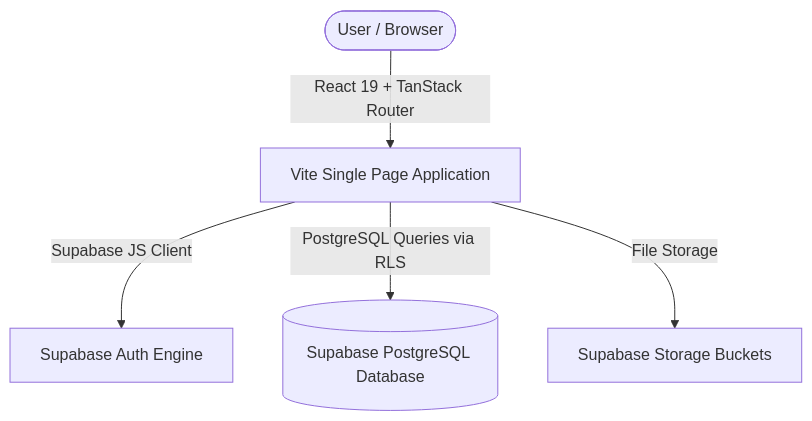
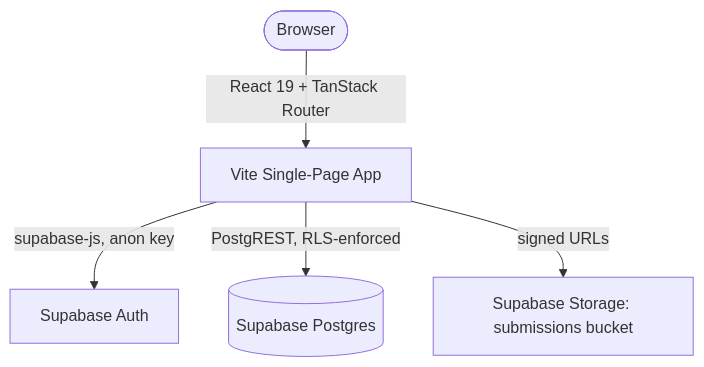
One commit to nonimousmusic/navs changed the first of 5 diagrams in docs/PROJECT_ARCHITECTURE.md. Above: the diagram before and after it, drawn with Mermaid. The commit also changed other lines of this file and 2 other files, not shown here.

````diff
--- a/docs/PROJECT_ARCHITECTURE.md
+++ b/docs/PROJECT_ARCHITECTURE.md
@@ -9,7 +9,7 @@
 ```mermaid
 graph TD
-    User([User / Browser]) -->|React 19 + TanStack Router| Client[Vite Single Page Application]
-    Client -->|Supabase JS Client| Auth[Supabase Auth Engine]
-    Client -->|PostgreSQL Queries via RLS| DB[(Supabase PostgreSQL Database)]
-    Client -->|File Storage| Storage[Supabase Storage Buckets]
+    Browser([Browser]) -->|React 19 + TanStack Router| SPA[Vite Single-Page App]
+    SPA -->|supabase-js, anon key| Auth[Supabase Auth]
+    SPA -->|PostgREST, RLS-enforced| DB[(Supabase Postgres)]
+    SPA -->|signed URLs| Storage[Supabase Storage: submissions bucket]
 ```
````
